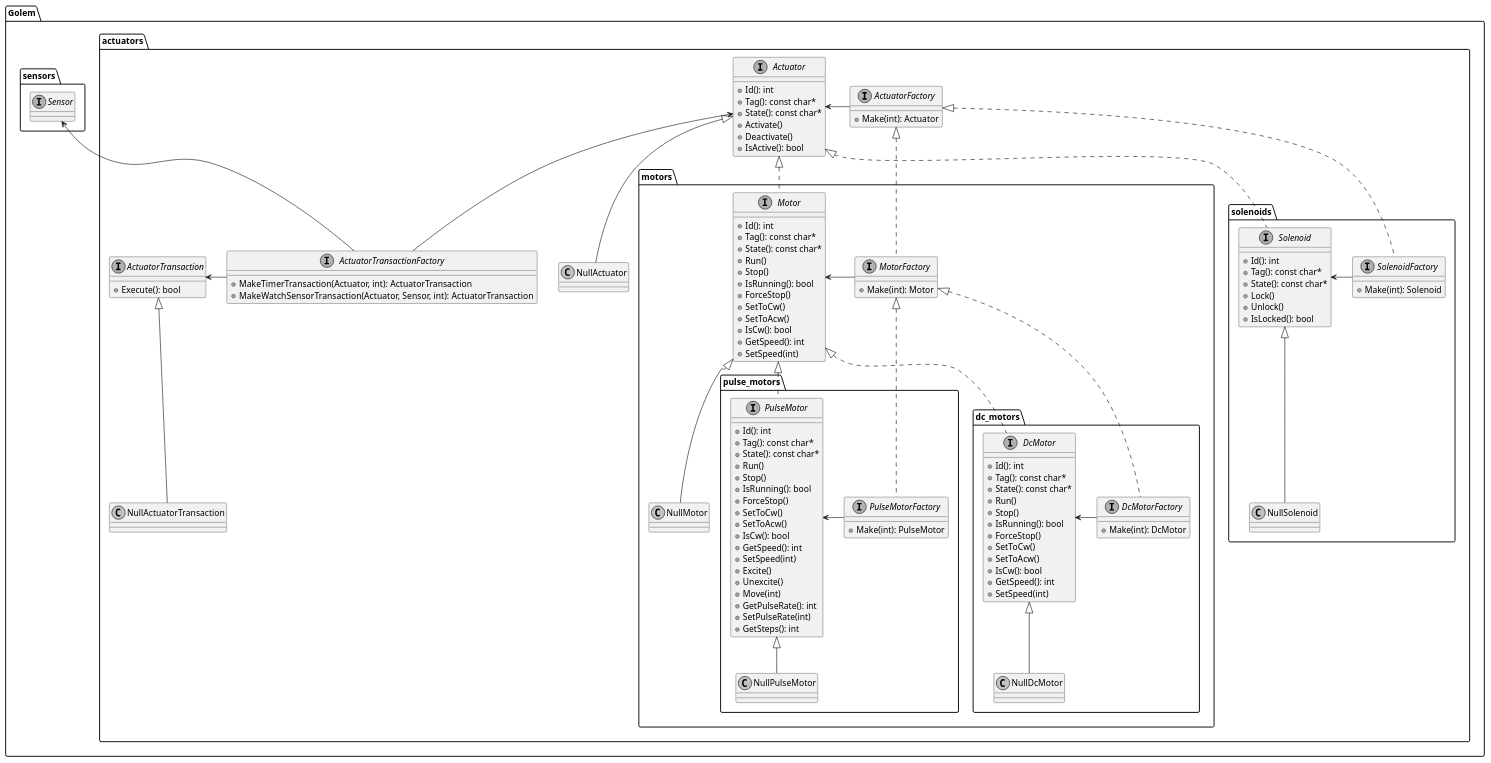
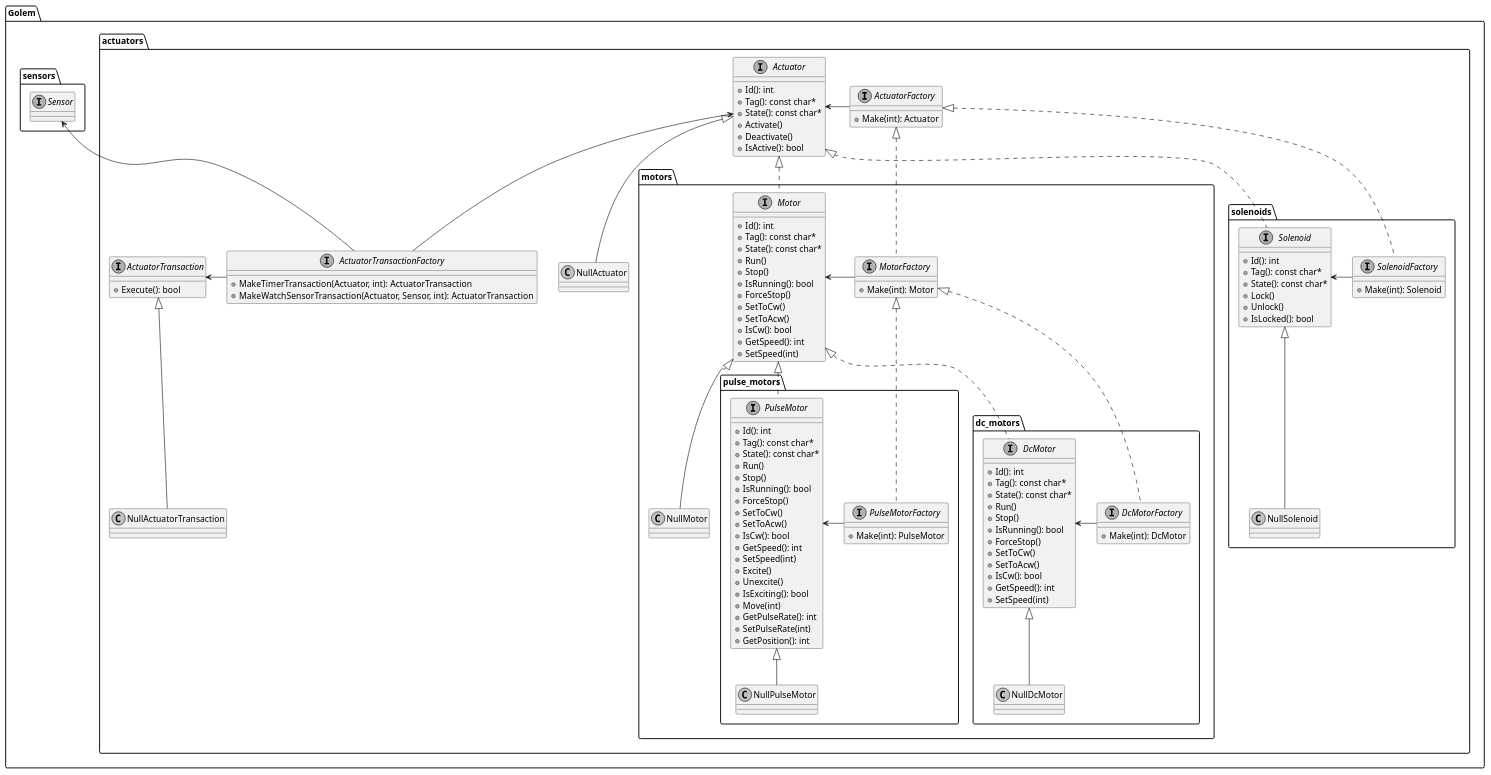
Before and after one commit to kokabe2/golem: the diagram in doc/actuator_class_diagram.pu, drawn with PlantUML.

```diff
--- a/doc/actuator_class_diagram.pu
+++ b/doc/actuator_class_diagram.pu
@@ -1,137 +1,138 @@
 @startuml actuator_class_diagram
 skinparam {
     defaultFontName Ricty Diminished
     monochrome true
 }
 
 package Golem {
     folder actuators {
         interface Actuator {
             + Id(): int
             + Tag(): const char*
             + State(): const char*
             + Activate()
             + Deactivate()
             + IsActive(): bool
         }
         interface ActuatorFactory {
             + Make(int): Actuator
         }
         interface ActuatorTransaction {
             + Execute(): bool
         }
         interface ActuatorTransactionFactory {
             + MakeTimerTransaction(Actuator, int): ActuatorTransaction
             + MakeWatchSensorTransaction(Actuator, Sensor, int): ActuatorTransaction
         }
         class NullActuator
         class NullActuatorTransaction
         folder motors {
             interface Motor {
                 + Id(): int
                 + Tag(): const char*
                 + State(): const char*
                 + Run()
                 + Stop()
                 + IsRunning(): bool
                 + ForceStop()
                 + SetToCw()
                 + SetToAcw()
                 + IsCw(): bool
                 + GetSpeed(): int
                 + SetSpeed(int)
             }
             interface MotorFactory {
                 + Make(int): Motor
             }
             class NullMotor
             folder dc_motors {
                 interface DcMotor {
                     + Id(): int
                     + Tag(): const char*
                     + State(): const char*
                     + Run()
                     + Stop()
                     + IsRunning(): bool
                     + ForceStop()
                     + SetToCw()
                     + SetToAcw()
                     + IsCw(): bool
                     + GetSpeed(): int
                     + SetSpeed(int)
                 }
                 interface DcMotorFactory {
                     + Make(int): DcMotor
                 }
                 class NullDcMotor
                 DcMotor <|-- NullDcMotor
                 DcMotor <- DcMotorFactory
             }
             folder pulse_motors {
                 interface PulseMotor {
                     + Id(): int
                     + Tag(): const char*
                     + State(): const char*
                     + Run()
                     + Stop()
                     + IsRunning(): bool
                     + ForceStop()
                     + SetToCw()
                     + SetToAcw()
                     + IsCw(): bool
                     + GetSpeed(): int
                     + SetSpeed(int)
                     + Excite()
                     + Unexcite()
+                    + IsExciting(): bool
                     + Move(int)
                     + GetPulseRate(): int
                     + SetPulseRate(int)
-                    + GetSteps(): int
+                    + GetPosition(): int
                 }
                 interface PulseMotorFactory {
                     + Make(int): PulseMotor
                 }
                 class NullPulseMotor
                 PulseMotor <|-- NullPulseMotor
                 PulseMotor <- PulseMotorFactory
             }
             Motor <|-- NullMotor
             Motor <- MotorFactory
             Motor <|.. DcMotor
             MotorFactory <|.. DcMotorFactory
             Motor <|.. PulseMotor
             MotorFactory <|.. PulseMotorFactory
         }
         folder solenoids {
             interface Solenoid {
                 + Id(): int
                 + Tag(): const char*
                 + State(): const char*
                 + Lock()
                 + Unlock()
                 + IsLocked(): bool
             }
             interface SolenoidFactory {
                 + Make(int): Solenoid
             }
             class NullSolenoid
             Solenoid <|-- NullSolenoid
             Solenoid <- SolenoidFactory
         }
         Actuator <|-- NullActuator
         Actuator <- ActuatorFactory
         ActuatorTransaction <|-- NullActuatorTransaction
         ActuatorTransaction <- ActuatorTransactionFactory
         Actuator <-- ActuatorTransactionFactory
         ActuatorTransactionFactory -[hidden]r-> NullActuator
         Actuator <|.. Solenoid
         ActuatorFactory <|.. SolenoidFactory
         Actuator <|.. Motor
         ActuatorFactory <|.. MotorFactory
     }
     folder sensors {
         interface Sensor
     }
     Sensor <-- ActuatorTransactionFactory
 }
 @enduml
```
